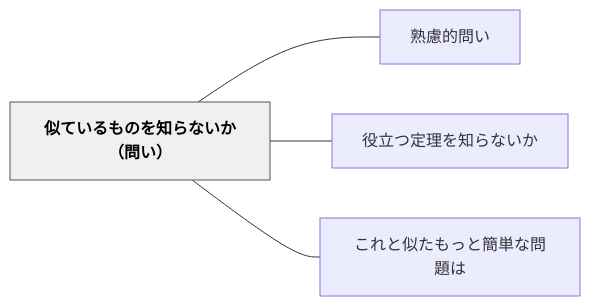
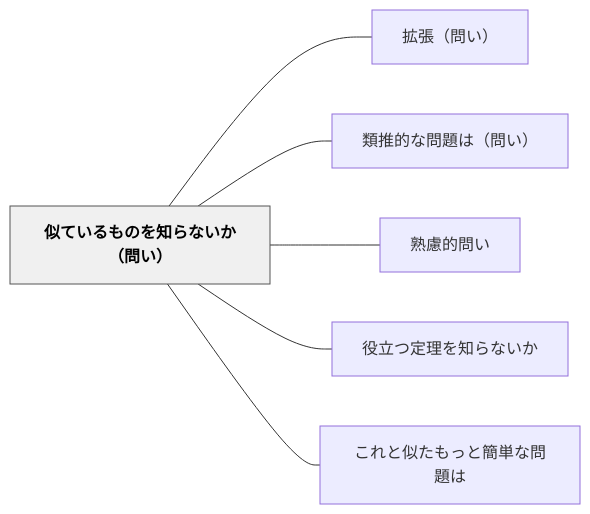
Before and after one commit to unknownthings-ed-patterns/unknownthings-ed-patterns: the diagram in content/パタン/似ているものを知らないか（問い）.md, drawn with Mermaid. The commit also changed other lines of this file and 473 other files, not shown here.

````diff
--- a/content/パタン/似ているものを知らないか（問い）.md
+++ b/content/パタン/似ているものを知らないか（問い）.md
@@ -40,14 +42,18 @@
 ```mermaid
 flowchart LR
     ne4bcbce381a6["似ているものを知らないか（問い）"]
+    ne68ba1e5bcb5["拡張（問い）"]
+    ne9a19ee68ea8["類推的な問題は（問い）"]
     ne7869fe685ae["熟慮的問い"]
     ne5bdb9e7ab8b["役立つ定理を知らないか"]
     ne38193e3828c["これと似たもっと簡単な問題は"]
 
+    ne4bcbce381a6 --- ne68ba1e5bcb5
+    ne4bcbce381a6 --- ne9a19ee68ea8
     ne4bcbce381a6 --- ne7869fe685ae
     ne4bcbce381a6 --- ne5bdb9e7ab8b
     ne4bcbce381a6 --- ne38193e3828c
 
     classDef hub fill:#f0f0f0,stroke:#555,color:#000,font-weight:bold
     class ne4bcbce381a6 hub
 ```
````
